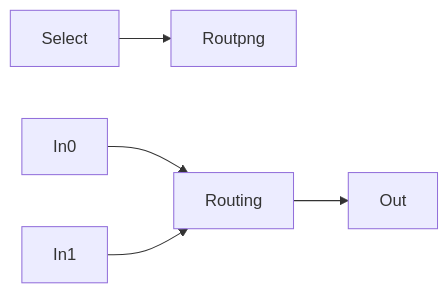
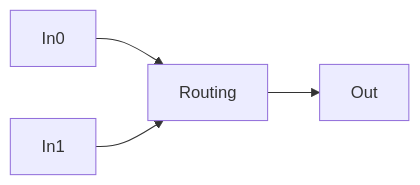
The diagram in riocore/plugins/pinroute/README.md (multigcs/riocore), drawn with Mermaid before and after one commit. The commit also changed 1 other file, not shown here.

````diff
--- a/riocore/plugins/pinroute/README.md
+++ b/riocore/plugins/pinroute/README.md
@@ -7,7 +7,6 @@
 ```mermaid
 graph LR;
-    Select-->Routpng;
     In0-->Routing;
     In1-->Routing;
     Routing-->Out;
 ```
````
